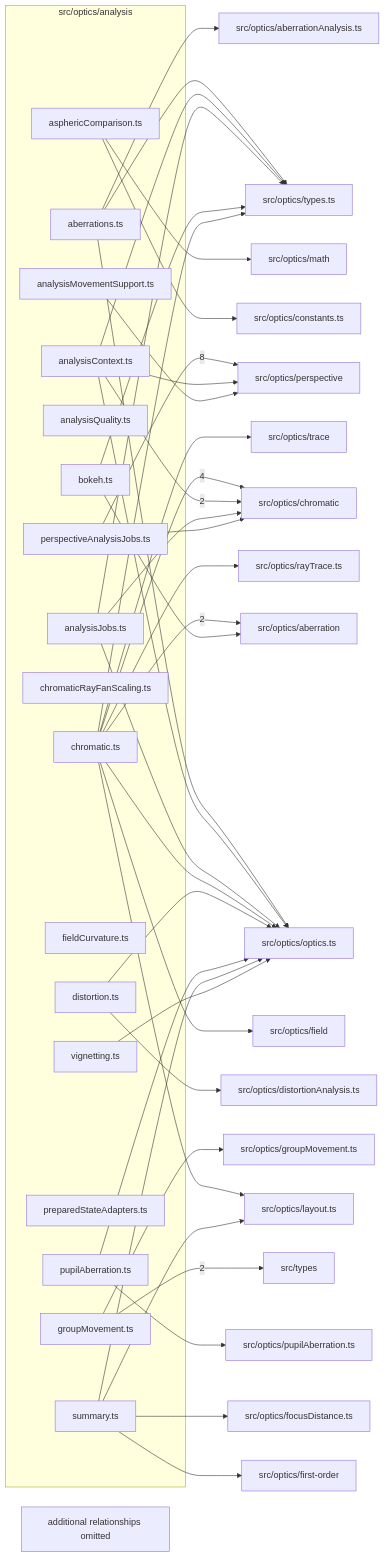
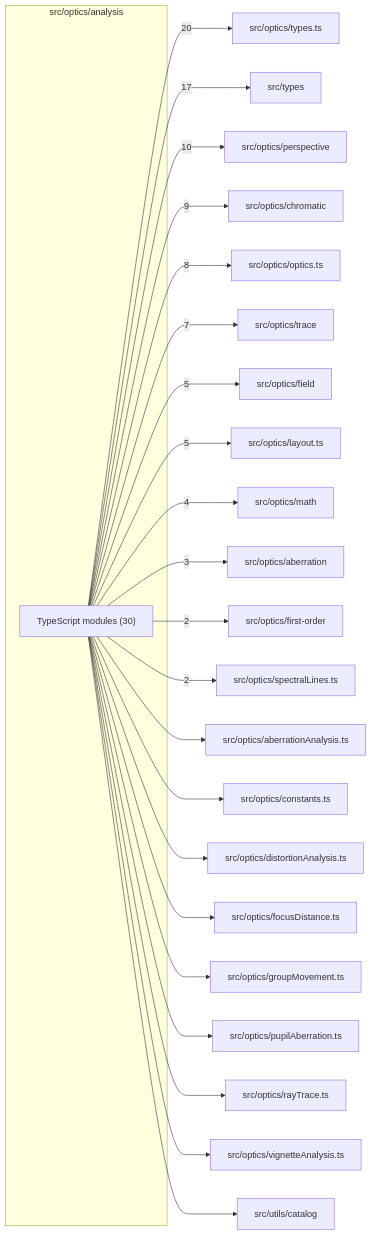
One commit to ronbuening/LensVisualizer changed the diagram in src/optics/analysis/readme.md. Above: the diagram before and after it, drawn with Mermaid. The commit also changed other lines of this file and 262 other files, not shown here.

Commit message:
Add simulated MTF with manufacturer-style charts, accuracy review and image-plane source audits (#736)

````diff
--- a/src/optics/analysis/readme.md
+++ b/src/optics/analysis/readme.md
@@ -9,77 +9,48 @@
 ```mermaid
 flowchart LR
   subgraph n_src_optics_analysis["src/optics/analysis"]
-    n_src_optics_analysis_src_optics_analysis_aberrations_ts["aberrations.ts"]
-    n_src_optics_analysis_src_optics_analysis_analysisContext_ts["analysisContext.ts"]
-    n_src_optics_analysis_src_optics_analysis_analysisJobs_ts["analysisJobs.ts"]
-    n_src_optics_analysis_src_optics_analysis_analysisMovementSupport_ts["analysisMovementSupport.ts"]
-    n_src_optics_analysis_src_optics_analysis_analysisQuality_ts["analysisQuality.ts"]
-    n_src_optics_analysis_src_optics_analysis_asphericComparison_ts["asphericComparison.ts"]
-    n_src_optics_analysis_src_optics_analysis_bokeh_ts["bokeh.ts"]
-    n_src_optics_analysis_src_optics_analysis_chromatic_ts["chromatic.ts"]
-    n_src_optics_analysis_src_optics_analysis_chromaticRayFanScaling_ts["chromaticRayFanScaling.ts"]
-    n_src_optics_analysis_src_optics_analysis_distortion_ts["distortion.ts"]
-    n_src_optics_analysis_src_optics_analysis_fieldCurvature_ts["fieldCurvature.ts"]
-    n_src_optics_analysis_src_optics_analysis_groupMovement_ts["groupMovement.ts"]
-    n_src_optics_analysis_src_optics_analysis_perspectiveAnalysisJobs_ts["perspectiveAnalysisJobs.ts"]
-    n_src_optics_analysis_src_optics_analysis_preparedStateAdapters_ts["preparedStateAdapters.ts"]
-    n_src_optics_analysis_src_optics_analysis_pupilAberration_ts["pupilAberration.ts"]
-    n_src_optics_analysis_src_optics_analysis_summary_ts["summary.ts"]
-    n_src_optics_analysis_src_optics_analysis_vignetting_ts["vignetting.ts"]
+    n_src_optics_analysis_TypeScript_modules["TypeScript modules (30)"]
   end
+  n_external_src_optics_types_ts["src/optics/types.ts"]
+  n_external_src_types["src/types"]
   n_external_src_optics_perspective["src/optics/perspective"]
   n_external_src_optics_chromatic["src/optics/chromatic"]
+  n_external_src_optics_optics_ts["src/optics/optics.ts"]
+  n_external_src_optics_trace["src/optics/trace"]
+  n_external_src_optics_field["src/optics/field"]
+  n_external_src_optics_layout_ts["src/optics/layout.ts"]
+  n_external_src_optics_math["src/optics/math"]
   n_external_src_optics_aberration["src/optics/aberration"]
-  n_external_src_types["src/types"]
+  n_external_src_optics_first_order["src/optics/first-order"]
+  n_external_src_optics_spectralLines_ts["src/optics/spectralLines.ts"]
   n_external_src_optics_aberrationAnalysis_ts["src/optics/aberrationAnalysis.ts"]
   n_external_src_optics_constants_ts["src/optics/constants.ts"]
   n_external_src_optics_distortionAnalysis_ts["src/optics/distortionAnalysis.ts"]
-  n_external_src_optics_field["src/optics/field"]
-  n_external_src_optics_first_order["src/optics/first-order"]
   n_external_src_optics_focusDistance_ts["src/optics/focusDistance.ts"]
   n_external_src_optics_groupMovement_ts["src/optics/groupMovement.ts"]
-  n_external_src_optics_layout_ts["src/optics/layout.ts"]
-  n_external_src_optics_math["src/optics/math"]
-  n_external_src_optics_optics_ts["src/optics/optics.ts"]
   n_external_src_optics_pupilAberration_ts["src/optics/pupilAberration.ts"]
   n_external_src_optics_rayTrace_ts["src/optics/rayTrace.ts"]
-  n_external_src_optics_trace["src/optics/trace"]
-  n_external_src_optics_types_ts["src/optics/types.ts"]
-  n_src_optics_analysis_src_optics_analysis_perspectiveAnalysisJobs_ts --> |8| n_external_src_optics_perspective
-  n_src_optics_analysis_src_optics_analysis_chromatic_ts --> |4| n_external_src_optics_chromatic
-  n_src_optics_analysis_src_optics_analysis_chromatic_ts --> |2| n_external_src_optics_aberration
-  n_src_optics_analysis_src_optics_analysis_analysisContext_ts --> |2| n_external_src_optics_chromatic
-  n_src_optics_analysis_src_optics_analysis_groupMovement_ts --> |2| n_external_src_types
-  n_src_optics_analysis_src_optics_analysis_bokeh_ts --> n_external_src_optics_aberration
-  n_src_optics_analysis_src_optics_analysis_aberrations_ts --> n_external_src_optics_aberrationAnalysis_ts
-  n_src_optics_analysis_src_optics_analysis_analysisJobs_ts --> n_external_src_optics_chromatic
-  n_src_optics_analysis_src_optics_analysis_perspectiveAnalysisJobs_ts --> n_external_src_optics_chromatic
-  n_src_optics_analysis_src_optics_analysis_asphericComparison_ts --> n_external_src_optics_constants_ts
-  n_src_optics_analysis_src_optics_analysis_distortion_ts --> n_external_src_optics_distortionAnalysis_ts
-  n_src_optics_analysis_src_optics_analysis_chromatic_ts --> n_external_src_optics_field
-  n_src_optics_analysis_src_optics_analysis_summary_ts --> n_external_src_optics_first_order
-  n_src_optics_analysis_src_optics_analysis_summary_ts --> n_external_src_optics_focusDistance_ts
-  n_src_optics_analysis_src_optics_analysis_groupMovement_ts --> n_external_src_optics_groupMovement_ts
-  n_src_optics_analysis_src_optics_analysis_chromatic_ts --> n_external_src_optics_layout_ts
-  n_src_optics_analysis_src_optics_analysis_summary_ts --> n_external_src_optics_layout_ts
-  n_src_optics_analysis_src_optics_analysis_asphericComparison_ts --> n_external_src_optics_math
-  n_src_optics_analysis_src_optics_analysis_aberrations_ts --> n_external_src_optics_optics_ts
-  n_src_optics_analysis_src_optics_analysis_analysisContext_ts --> n_external_src_optics_optics_ts
-  n_src_optics_analysis_src_optics_analysis_analysisJobs_ts --> n_external_src_optics_optics_ts
-  n_src_optics_analysis_src_optics_analysis_chromatic_ts --> n_external_src_optics_optics_ts
-  n_src_optics_analysis_src_optics_analysis_distortion_ts --> n_external_src_optics_optics_ts
-  n_src_optics_analysis_src_optics_analysis_pupilAberration_ts --> n_external_src_optics_optics_ts
-  n_src_optics_analysis_src_optics_analysis_summary_ts --> n_external_src_optics_optics_ts
-  n_src_optics_analysis_src_optics_analysis_vignetting_ts --> n_external_src_optics_optics_ts
-  n_src_optics_analysis_src_optics_analysis_analysisContext_ts --> n_external_src_optics_perspective
-  n_src_optics_analysis_src_optics_analysis_analysisMovementSupport_ts --> n_external_src_optics_perspective
-  n_src_optics_analysis_src_optics_analysis_pupilAberration_ts --> n_external_src_optics_pupilAberration_ts
-  n_src_optics_analysis_src_optics_analysis_chromatic_ts --> n_external_src_optics_rayTrace_ts
-  n_src_optics_analysis_src_optics_analysis_chromatic_ts --> n_external_src_optics_trace
-  n_src_optics_analysis_src_optics_analysis_aberrations_ts --> n_external_src_optics_types_ts
-  n_src_optics_analysis_src_optics_analysis_analysisContext_ts --> n_external_src_optics_types_ts
-  n_src_optics_analysis_src_optics_analysis_analysisJobs_ts --> n_external_src_optics_types_ts
-  n_src_optics_analysis_src_optics_analysis_bokeh_ts --> n_external_src_optics_types_ts
-  n_src_optics_analysis_src_optics_analysis_chromatic_ts --> n_external_src_optics_types_ts
-  n_src_optics_analysis_truncated["additional relationships omitted"]
+  n_external_src_optics_vignetteAnalysis_ts["src/optics/vignetteAnalysis.ts"]
+  n_external_src_utils_catalog["src/utils/catalog"]
+  n_src_optics_analysis_TypeScript_modules --> |20| n_external_src_optics_types_ts
+  n_src_optics_analysis_TypeScript_modules --> |17| n_external_src_types
+  n_src_optics_analysis_TypeScript_modules --> |10| n_external_src_optics_perspective
+  n_src_optics_analysis_TypeScript_modules --> |9| n_external_src_optics_chromatic
+  n_src_optics_analysis_TypeScript_modules --> |8| n_external_src_optics_optics_ts
+  n_src_optics_analysis_TypeScript_modules --> |7| n_external_src_optics_trace
+  n_src_optics_analysis_TypeScript_modules --> |5| n_external_src_optics_field
+  n_src_optics_analysis_TypeScript_modules --> |5| n_external_src_optics_layout_ts
+  n_src_optics_analysis_TypeScript_modules --> |4| n_external_src_optics_math
+  n_src_optics_analysis_TypeScript_modules --> |3| n_external_src_optics_aberration
+  n_src_optics_analysis_TypeScript_modules --> |2| n_external_src_optics_first_order
+  n_src_optics_analysis_TypeScript_modules --> |2| n_external_src_optics_spectralLines_ts
+  n_src_optics_analysis_TypeScript_modules --> n_external_src_optics_aberrationAnalysis_ts
+  n_src_optics_analysis_TypeScript_modules --> n_external_src_optics_constants_ts
+  n_src_optics_analysis_TypeScript_modules --> n_external_src_optics_distortionAnalysis_ts
+  n_src_optics_analysis_TypeScript_modules --> n_external_src_optics_focusDistance_ts
+  n_src_optics_analysis_TypeScript_modules --> n_external_src_optics_groupMovement_ts
+  n_src_optics_analysis_TypeScript_modules --> n_external_src_optics_pupilAberration_ts
+  n_src_optics_analysis_TypeScript_modules --> n_external_src_optics_rayTrace_ts
+  n_src_optics_analysis_TypeScript_modules --> n_external_src_optics_vignetteAnalysis_ts
+  n_src_optics_analysis_TypeScript_modules --> n_external_src_utils_catalog
 ```
````
